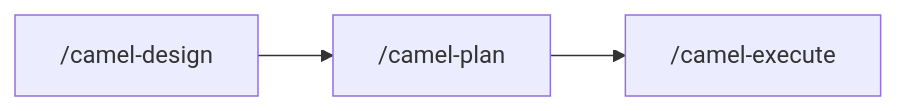
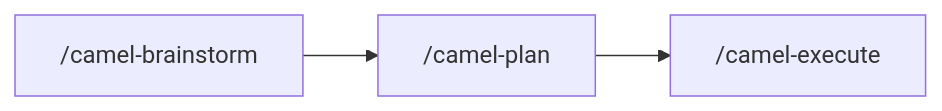
One commit to luigidemasi/camel-kit changed the fourth of 7 diagrams in docs/camel-kit-overview.md. Above: the diagram before and after it, drawn with Mermaid. The commit also changed other lines of this file and 168 other files, not shown here.

````diff
--- a/docs/camel-kit-overview.md
+++ b/docs/camel-kit-overview.md
@@ -217,4 +173,4 @@
 ```mermaid
 flowchart LR
-    A["/camel-design"] --> B["/camel-plan"] --> C["/camel-execute"]
+    A["/camel-brainstorm"] --> B["/camel-plan"] --> C["/camel-execute"]
 ```
````
